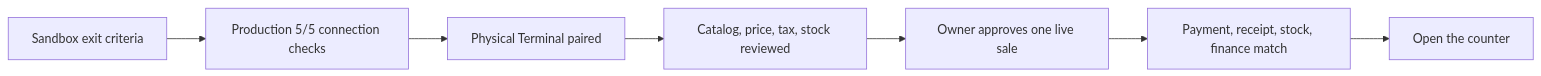
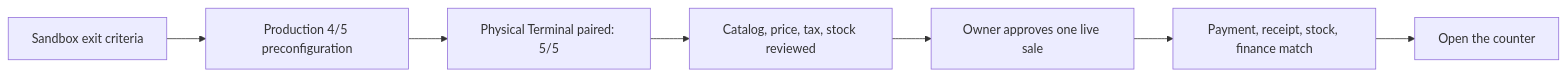
Before and after one commit to mad-code333/tuturu: the first of 2 diagrams in apps/docs/platform/applications/inventory-square-pos/production-launch.mdx, drawn with Mermaid. The commit also changed 18 other files, not shown here.

````diff
--- a/apps/docs/platform/applications/inventory-square-pos/production-launch.mdx
+++ b/apps/docs/platform/applications/inventory-square-pos/production-launch.mdx
@@ -18,9 +18,9 @@
 ```mermaid
 flowchart LR
-  A["Sandbox exit criteria"] --> B["Production 5/5 connection checks"]
-  B --> C["Physical Terminal paired"]
+  A["Sandbox exit criteria"] --> B["Production 4/5 preconfiguration"]
+  B --> C["Physical Terminal paired: 5/5"]
   C --> D["Catalog, price, tax, stock reviewed"]
   D --> E["Owner approves one live sale"]
   E --> F["Payment, receipt, stock, finance match"]
   F --> G["Open the counter"]
 ```
````
